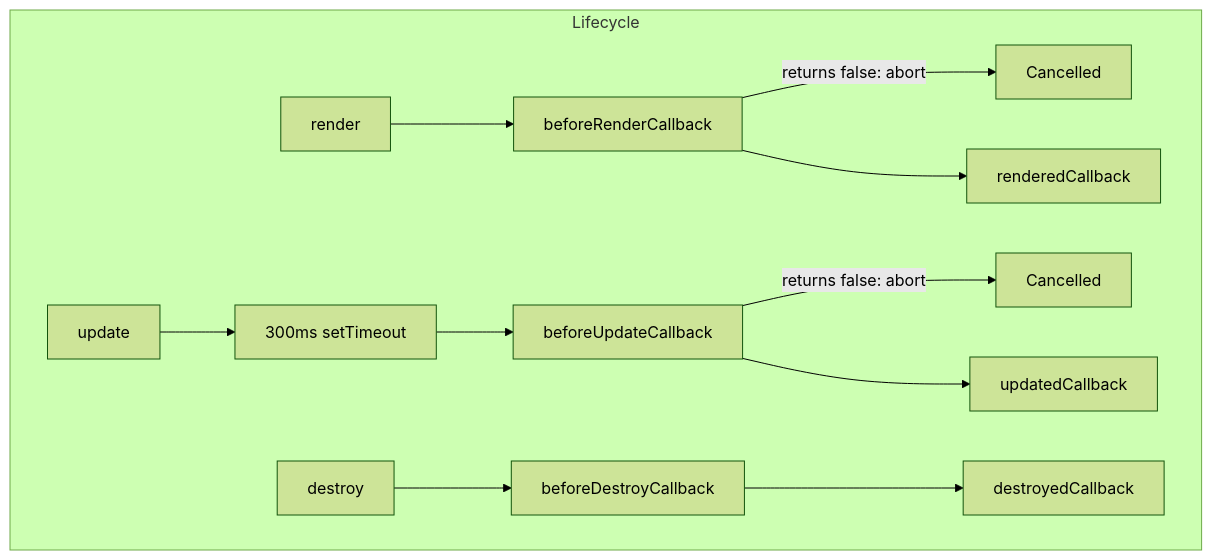
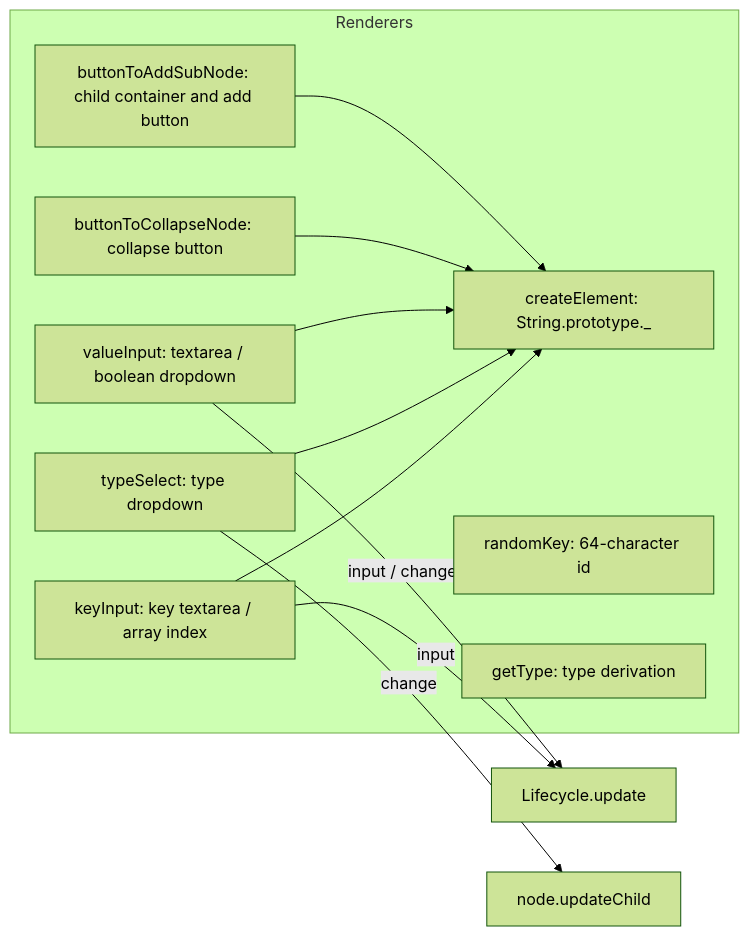
Before and after one commit to pardnchiu/NanoJSON: the fourth of 9 diagrams in doc/architecture.md, drawn with Mermaid (forest theme). The commit also changed other lines of this file and 8 other files, not shown here.

Commit message:
doc: Regenerate bilingual README, docs, and architecture per latest skill spec

````diff
--- a/doc/architecture.md
+++ b/doc/architecture.md
@@ -59,14 +82,21 @@
 ```mermaid
-graph TB
-    subgraph Lifecycle
-        RenderFn[render] --> BeforeRender[beforeRenderCallback]
-        BeforeRender -->|returns false: abort| Cancel1[Cancelled]
-        BeforeRender --> Rendered[renderedCallback]
-        UpdateFn[update] --> Debounce[300ms setTimeout]
-        Debounce --> BeforeUpdate[beforeUpdateCallback]
-        BeforeUpdate -->|returns false: abort| Cancel2[Cancelled]
-        BeforeUpdate --> Updated[updatedCallback]
-        DestroyFn[destroy] --> BeforeDestroy[beforeDestroyCallback]
-        BeforeDestroy --> Destroyed[destroyedCallback]
+graph LR
+    subgraph Renderers
+        CE[createElement: String.prototype._]
+        KI[keyInput: key textarea / array index]
+        TS[typeSelect: type dropdown]
+        VI[valueInput: textarea / boolean dropdown]
+        BC[buttonToCollapseNode: collapse button]
+        BA[buttonToAddSubNode: child container and add button]
+        RK[randomKey: 64-character id]
+        GT[getType: type derivation]
     end
+    KI --> CE
+    TS --> CE
+    VI --> CE
+    BC --> CE
+    BA --> CE
+    KI -->|input| Life[Lifecycle.update]
+    VI -->|input / change| Life
+    TS -->|change| Node[node.updateChild]
 ```
````
